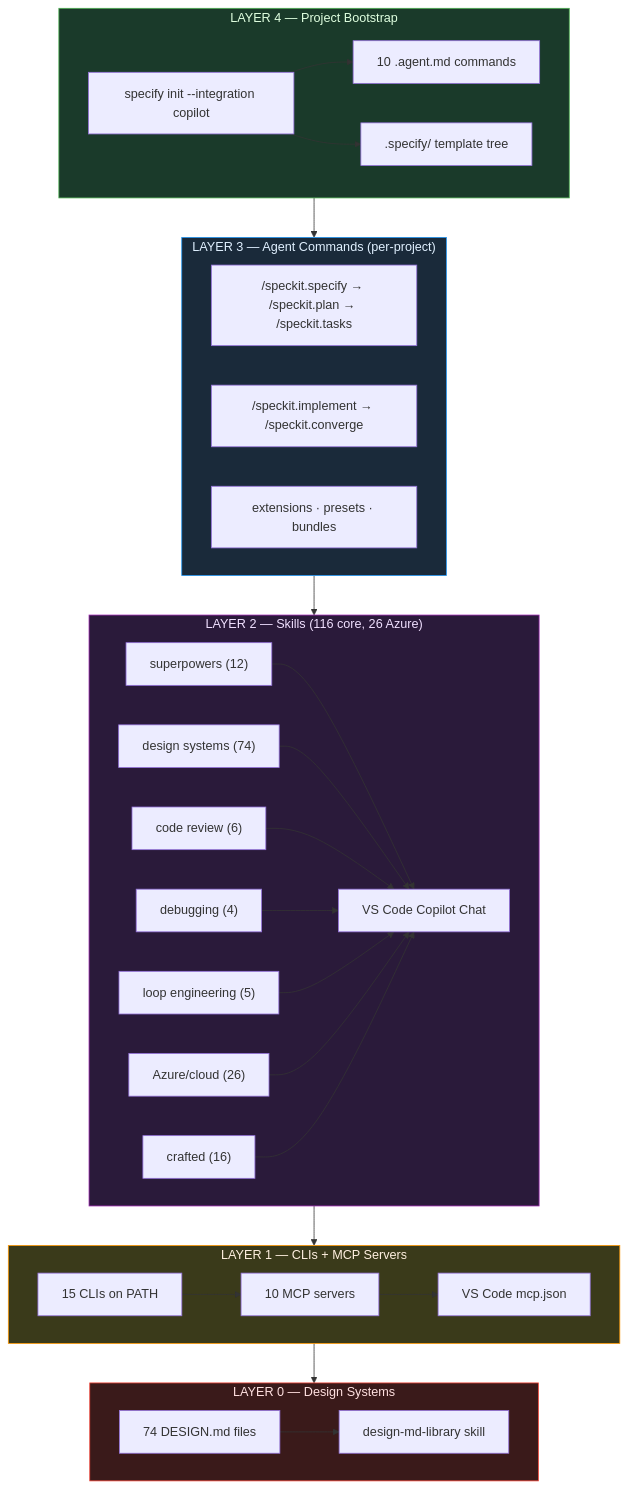
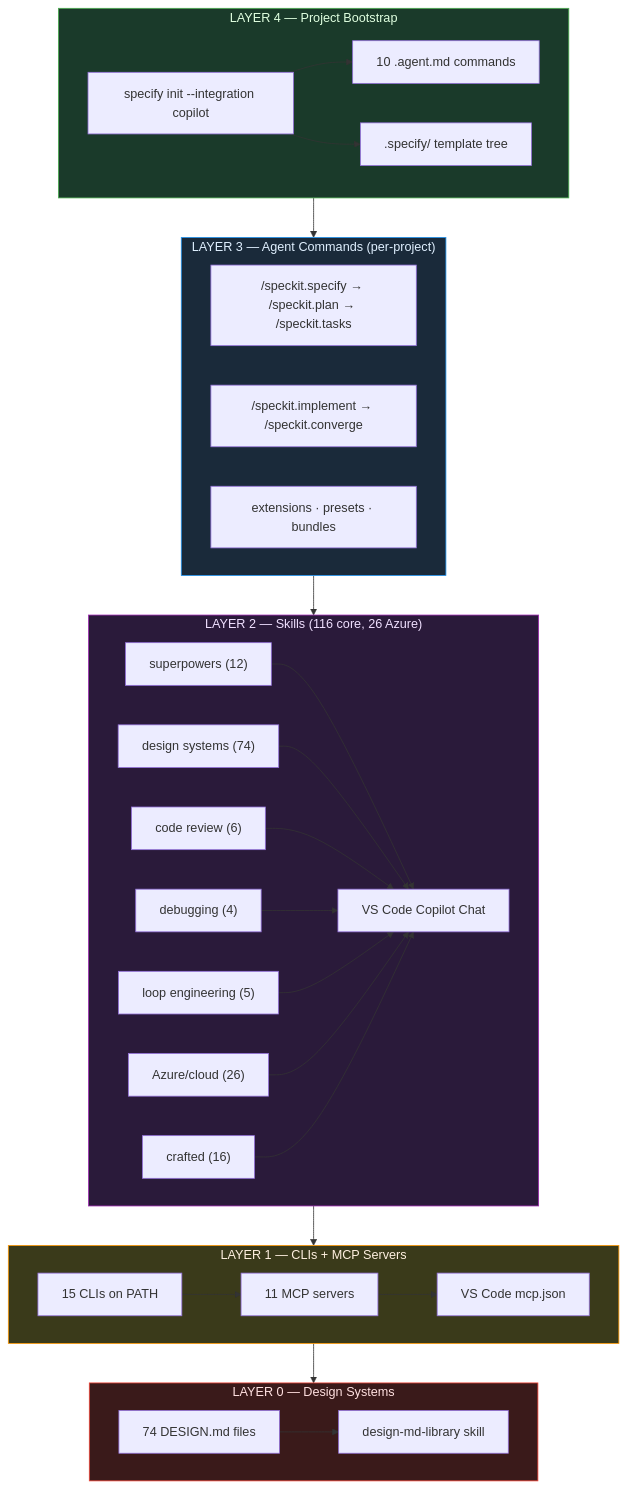
One commit to JZKK720/cubecloud-skilldbundle-setup changed the diagram in README.md. Above: the diagram before and after it, drawn with Mermaid. The commit also changed other lines of this file and 4 other files, not shown here.

````diff
--- a/README.md
+++ b/README.md
@@ -33,48 +33,48 @@
 ```mermaid
 graph TB
     subgraph L4["LAYER 4 — Project Bootstrap"]
         SPEC["specify init --integration copilot"]
         AGENTS["10 .agent.md commands"]
         TEMPLATES[".specify/ template tree"]
         SPEC --> AGENTS
         SPEC --> TEMPLATES
     end
 
     subgraph L3["LAYER 3 — Agent Commands (per-project)"]
         SD["/speckit.specify → /speckit.plan → /speckit.tasks"]
         IM["/speckit.implement → /speckit.converge"]
         EXT["extensions · presets · bundles"]
     end
 
     subgraph L2["LAYER 2 — Skills (116 core, 26 Azure)"]
         direction LR
         METH["superpowers (12)"] --> COPILOT["VS Code Copilot Chat"]
         DSN["design systems (74)"] --> COPILOT
         REV["code review (6)"] --> COPILOT
         DBG["debugging (4)"] --> COPILOT
         LOOP["loop engineering (5)"] --> COPILOT
         AZURE["Azure/cloud (26)"] --> COPILOT
         CRAFT["crafted (16)"] --> COPILOT
     end
 
     subgraph L1["LAYER 1 — CLIs + MCP Servers"]
         direction LR
-        CLI["15 CLIs on PATH"] --> MCP["10 MCP servers"]
+        CLI["15 CLIs on PATH"] --> MCP["11 MCP servers"]
         MCP --> VSCODE["VS Code mcp.json"]
     end
 
     subgraph L0["LAYER 0 — Design Systems"]
         D74["74 DESIGN.md files"] --> LIB["design-md-library skill"]
     end
 
     L4 --> L3
     L3 --> L2
     L2 --> L1
     L1 --> L0
 
     style L4 fill:#1a3a2a,stroke:#4caf50,color:#e0ffe0
     style L3 fill:#1a2a3a,stroke:#2196f3,color:#e0f0ff
     style L2 fill:#2a1a3a,stroke:#9c27b0,color:#f0e0ff
     style L1 fill:#3a3a1a,stroke:#ff9800,color:#fff0e0
     style L0 fill:#3a1a1a,stroke:#f44336,color:#ffe0e0
 ```
````
